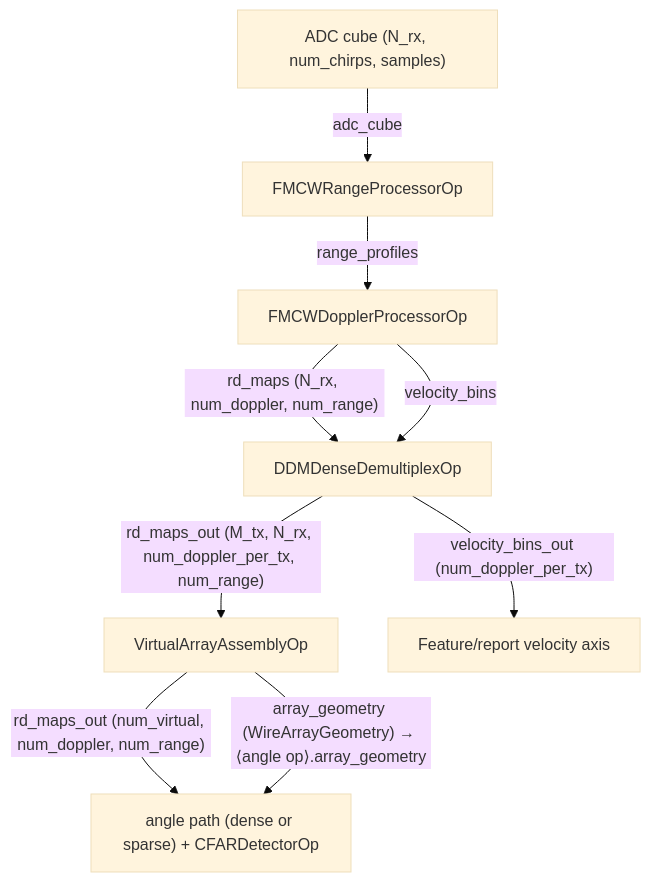
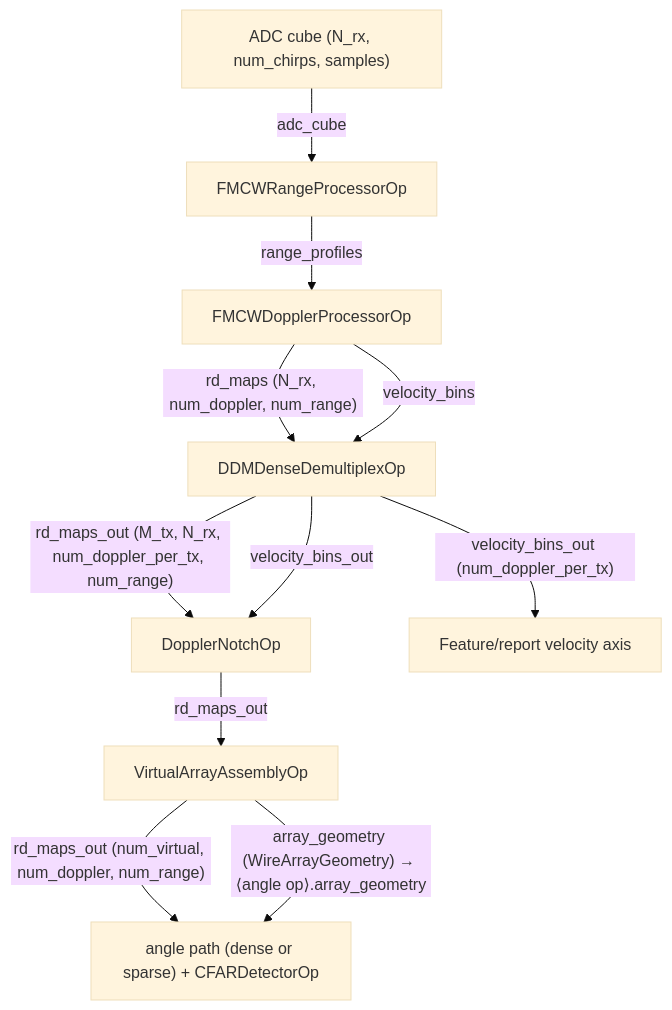
One commit to nvidia-holoscan/holoscan-radar changed the eighth of 9 diagrams in docs/planning/WORKFLOWS.md. Above: the diagram before and after it, drawn with Mermaid (base theme). The commit also changed other lines of this file and 25 other files, not shown here.

Commit message:
Operators: Add physical Doppler notch

````diff
--- a/docs/planning/WORKFLOWS.md
+++ b/docs/planning/WORKFLOWS.md
@@ -246,12 +246,14 @@
 ```mermaid
 flowchart TD
   classDef opt stroke-dasharray:4 3
   ADC["ADC cube (N_rx, num_chirps, samples)"] -->|"adc_cube"| RANGE["FMCWRangeProcessorOp"]
   RANGE -->|"range_profiles"| DOPP["FMCWDopplerProcessorOp"]
   DOPP -->|"rd_maps (N_rx, num_doppler, num_range)"| COMP["DDMDenseDemultiplexOp"]
   DOPP -->|"velocity_bins"| COMP
-  COMP -->|"rd_maps_out (M_tx, N_rx, num_doppler_per_tx, num_range)"| VAA["VirtualArrayAssemblyOp"]
+  COMP -->|"rd_maps_out (M_tx, N_rx, num_doppler_per_tx, num_range)"| NOTCH["DopplerNotchOp"]
+  COMP -->|"velocity_bins_out"| NOTCH
+  NOTCH -->|"rd_maps_out"| VAA["VirtualArrayAssemblyOp"]
   COMP -->|"velocity_bins_out (num_doppler_per_tx)"| AXIS["Feature/report velocity axis"]
   VAA -->|"rd_maps_out (num_virtual, num_doppler, num_range)"| ANGLE["angle path (dense or sparse) + CFARDetectorOp"]
   VAA -->|"array_geometry (WireArrayGeometry) → ⟨angle op⟩.array_geometry"| ANGLE
 ```
````
